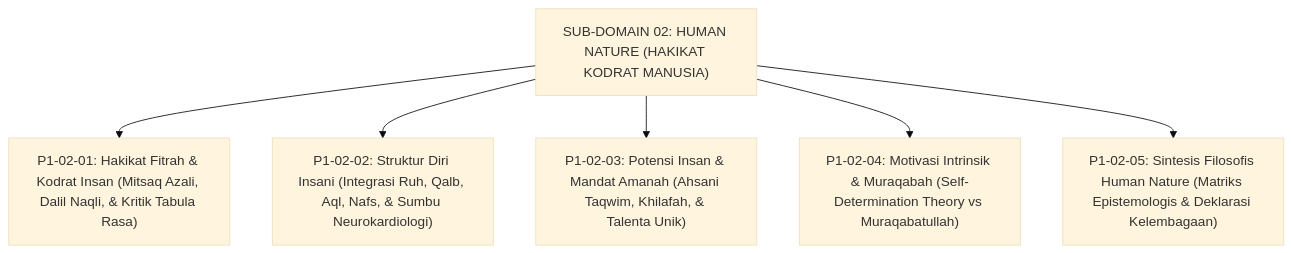
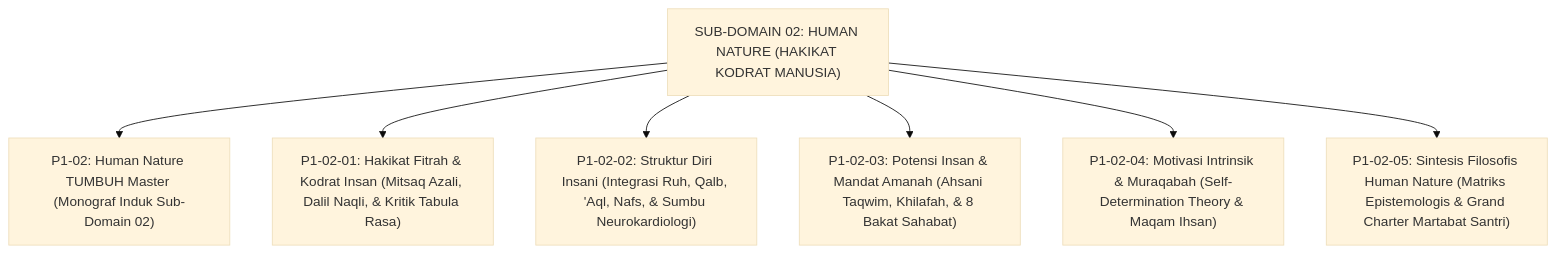
One commit to wandiapriliyandi/tumbuh changed the diagram in 01 Philosophy/02 Human Nature/README.md. Above: the diagram before and after it, drawn with Mermaid (base theme). The commit also changed other lines of this file and 6 other files, not shown here.

Commit message:
feat(philosophy): standarisasi 100% monograf terpadu Sub-Domain 02 Human Nature dan Piagam Pemuliaan Martabat Santri

````diff
--- a/01 Philosophy/02 Human Nature/README.md
+++ b/01 Philosophy/02 Human Nature/README.md
@@ -14,10 +14,11 @@
 ```mermaid
 graph TD
     HumanNature["SUB-DOMAIN 02: HUMAN NATURE (HAKIKAT KODRAT MANUSIA)"]
     
+    HumanNature --> Master["P1-02: Human Nature TUMBUH Master (Monograf Induk Sub-Domain 02)"]
     HumanNature --> M1["P1-02-01: Hakikat Fitrah & Kodrat Insan (Mitsaq Azali, Dalil Naqli, & Kritik Tabula Rasa)"]
-    HumanNature --> M2["P1-02-02: Struktur Diri Insani (Integrasi Ruh, Qalb, Aql, Nafs, & Sumbu Neurokardiologi)"]
-    HumanNature --> M3["P1-02-03: Potensi Insan & Mandat Amanah (Ahsani Taqwim, Khilafah, & Talenta Unik)"]
-    HumanNature --> M4["P1-02-04: Motivasi Intrinsik & Muraqabah (Self-Determination Theory vs Muraqabatullah)"]
-    HumanNature --> M5["P1-02-05: Sintesis Filosofis Human Nature (Matriks Epistemologis & Deklarasi Kelembagaan)"]
+    HumanNature --> M2["P1-02-02: Struktur Diri Insani (Integrasi Ruh, Qalb, 'Aql, Nafs, & Sumbu Neurokardiologi)"]
+    HumanNature --> M3["P1-02-03: Potensi Insan & Mandat Amanah (Ahsani Taqwim, Khilafah, & 8 Bakat Sahabat)"]
+    HumanNature --> M4["P1-02-04: Motivasi Intrinsik & Muraqabah (Self-Determination Theory & Maqam Ihsan)"]
+    HumanNature --> M5["P1-02-05: Sintesis Filosofis Human Nature (Matriks Epistemologis & Grand Charter Martabat Santri)"]
 ```
````
